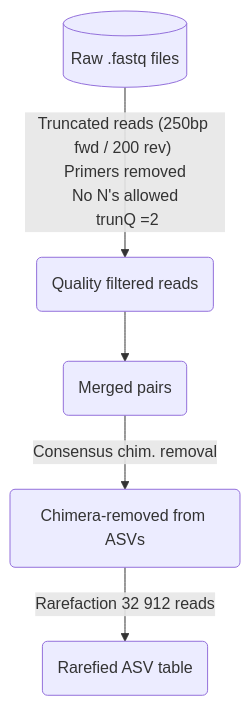
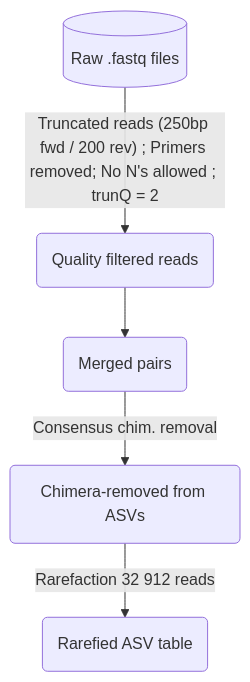
Before and after one commit to plchagnon/Lonicera---Coralie: the first of 2 diagrams in README.md, drawn with Mermaid.

````diff
--- a/README.md
+++ b/README.md
@@ -69,5 +69,5 @@
 ```mermaid
 flowchart TD
-raw[(Raw .fastq files)] -- Truncated reads (250bp fwd / 200 rev) <br> Primers removed <br> No N's allowed <br> trunQ =2 --> q(Quality filtered reads)-->m(Merged pairs)-- Consensus chim. removal -->chim(Chimera-removed from ASVs)-- Rarefaction 32 912 reads-->rar(Rarefied ASV table) 
+raw[(Raw .fastq files)] -- Truncated reads (250bp fwd / 200 rev) ; Primers removed; No N's allowed ; trunQ = 2 --> q(Quality filtered reads)-->m(Merged pairs)-- Consensus chim. removal -->chim(Chimera-removed from ASVs)-- Rarefaction 32 912 reads-->rar(Rarefied ASV table) 
 
 ```
````
